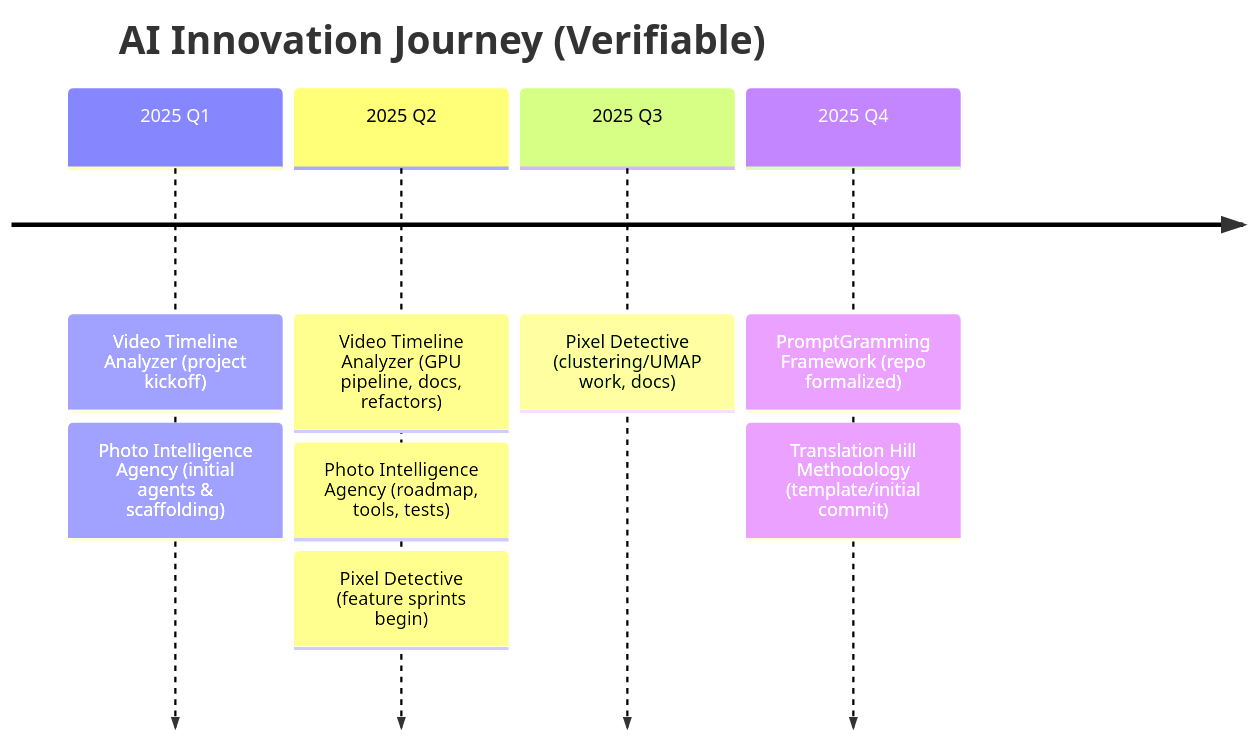
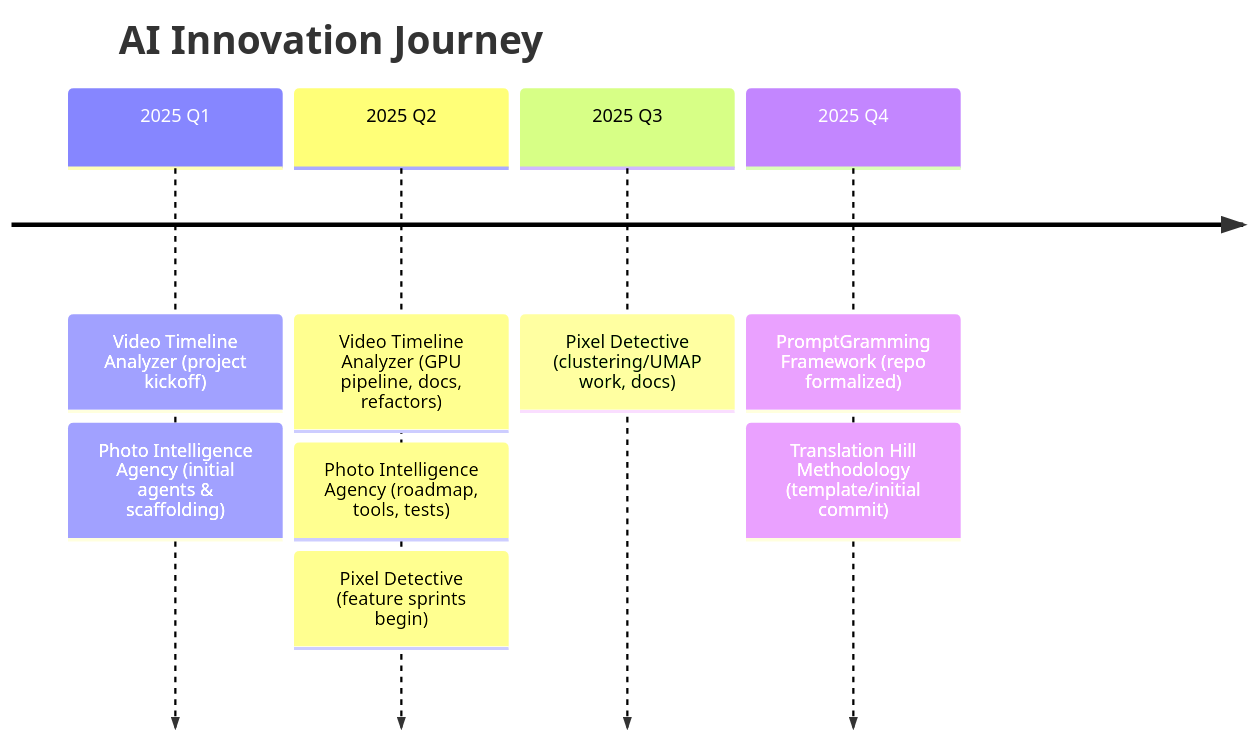
The second of 2 diagrams in README.md (rm2thaddeus/rm2thaddeus), drawn with Mermaid before and after one commit.

Commit message:
README.md updated

````diff
--- a/README.md
+++ b/README.md
@@ -63,16 +63,16 @@
 ```mermaid
 timeline
-    title AI Innovation Journey (Verifiable)
+    title AI Innovation Journey 
 
     2025 Q1 : Video Timeline Analyzer (project kickoff)
             : Photo Intelligence Agency (initial agents & scaffolding)
             
     2025 Q2 : Video Timeline Analyzer (GPU pipeline, docs, refactors)
             : Photo Intelligence Agency (roadmap, tools, tests)
             : Pixel Detective (feature sprints begin)
             
     2025 Q3 : Pixel Detective (clustering/UMAP work, docs)
             
     2025 Q4 : PromptGramming Framework (repo formalized)
             : Translation Hill Methodology (template/initial commit)
 ```
````
